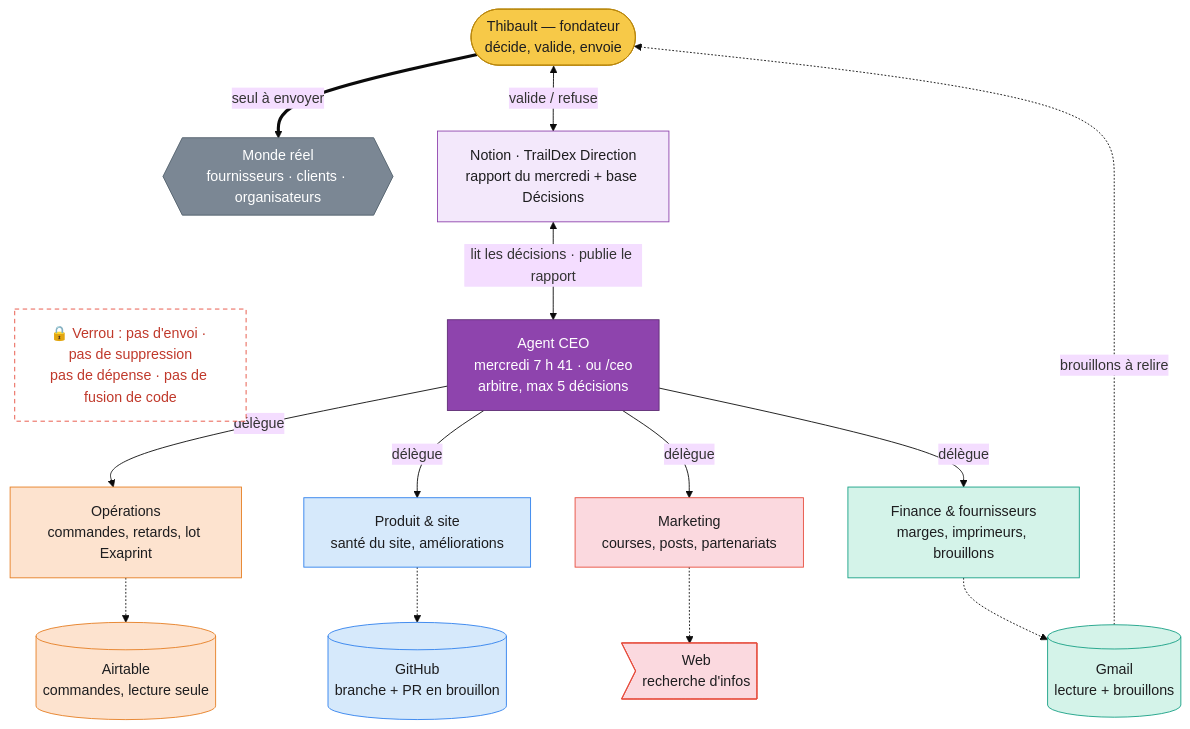
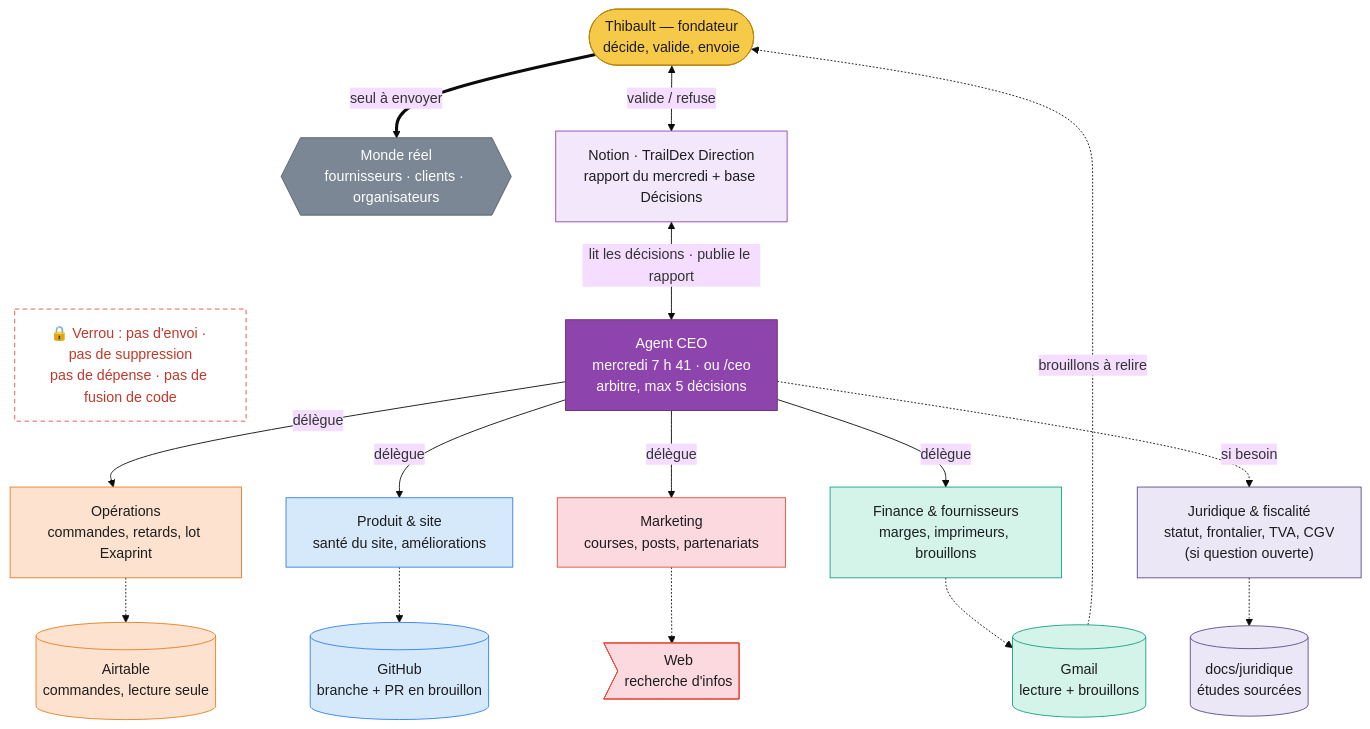
The diagram in docs/organisation-agents.mmd (thibaultmuller27-cmd/traildex-site.), drawn with Mermaid (base theme) before and after one commit. The commit also changed 4 other files, not shown here.

```diff
--- a/docs/organisation-agents.mmd
+++ b/docs/organisation-agents.mmd
@@ -1,44 +1,50 @@
 flowchart TD
     T(["Thibault — fondateur<br/>décide, valide, envoie"])
     M{{"Monde réel<br/>fournisseurs · clients · organisateurs"}}
     N["Notion · TrailDex Direction<br/>rapport du mercredi + base Décisions"]
     C["Agent CEO<br/>mercredi 7 h 41 · ou /ceo<br/>arbitre, max 5 décisions"]
     O["Opérations<br/>commandes, retards, lot Exaprint"]
     P["Produit & site<br/>santé du site, améliorations"]
     K["Marketing<br/>courses, posts, partenariats"]
     F["Finance & fournisseurs<br/>marges, imprimeurs, brouillons"]
+    J["Juridique & fiscalité<br/>statut, frontalier, TVA, CGV<br/>(si question ouverte)"]
     A[("Airtable<br/>commandes, lecture seule")]
     G[("GitHub<br/>branche + PR en brouillon")]
     W>"Web<br/>recherche d'infos"]
     E[("Gmail<br/>lecture + brouillons")]
+    D[("docs/juridique<br/>études sourcées")]
     V["🔒 Verrou : pas d'envoi · pas de suppression<br/>pas de dépense · pas de fusion de code"]
 
     T ==>|seul à envoyer| M
     T <-->|valide / refuse| N
     N <-->|lit les décisions · publie le rapport| C
     C -->|délègue| O & P & K & F
+    C -.->|si besoin| J
     O -.-> A
     P -.-> G
     K -.-> W
     F -.-> E
+    J -.-> D
     E -.->|brouillons à relire| T
     V ~~~ O
 
     classDef boss fill:#f7c948,stroke:#b8860b,color:#1d1d1f
     classDef ceo fill:#8e44ad,stroke:#5e2d75,color:#fff
     classDef notion fill:#f3e8fb,stroke:#8e44ad,color:#1d1d1f
     classDef ops fill:#fde3cf,stroke:#e67e22,color:#1d1d1f
     classDef prod fill:#d6e9fb,stroke:#2f80ed,color:#1d1d1f
     classDef mkt fill:#fbd9df,stroke:#e74c3c,color:#1d1d1f
     classDef fin fill:#d4f3e9,stroke:#16a085,color:#1d1d1f
+    classDef jur fill:#ece7f6,stroke:#5b4b8a,color:#1d1d1f
     classDef ext fill:#7b8794,stroke:#52606d,color:#fff
     classDef lock fill:#fff,stroke:#e74c3c,stroke-dasharray:5 4,color:#c0392b
     class T boss
     class C ceo
     class N notion
     class O,A ops
     class P,G prod
     class K,W mkt
     class F,E fin
+    class J,D jur
     class M ext
     class V lock
```
